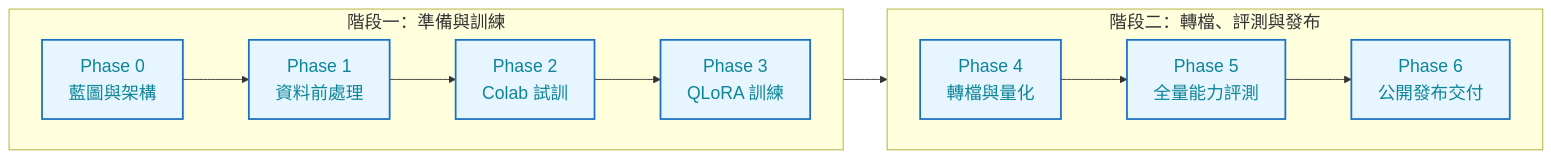
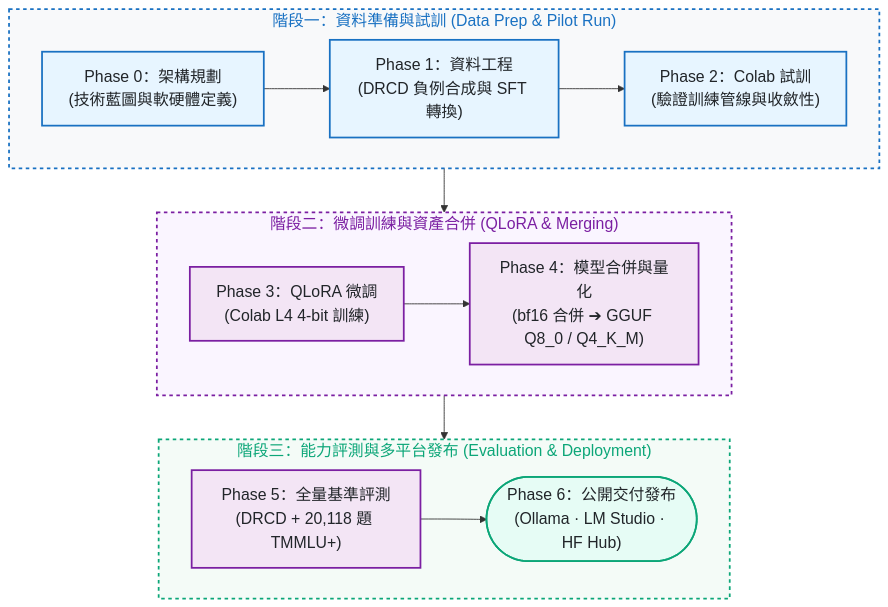
Before and after one commit to kuotunyu/local-llm-lifecycle: the first of 2 diagrams in README.md, drawn with Mermaid. The commit also changed other lines of this file and 1 other file, not shown here.

Commit message:
docs: overhaul README with 20px card container flowcharts and clean typography

````diff
--- a/README.md
+++ b/README.md
@@ -36,18 +36,32 @@
 ```mermaid
-%%{init: {'themeVariables': {'fontSize': '20px'}}}%%
-flowchart LR
-    subgraph Part1 ["階段一：準備與訓練"]
+%%{init: {'themeVariables': {'fontSize': '18px'}}}%%
+flowchart TD
+    subgraph PhasePrep ["階段一：資料準備與試訓 (Data Prep & Pilot Run)"]
         direction LR
-        P0["Phase 0<br/>藍圖與架構"] --> P1["Phase 1<br/>資料前處理"] --> P2["Phase 2<br/>Colab 試訓"] --> P3["Phase 3<br/>QLoRA 訓練"]
+        P0["Phase 0：架構規劃<br/>(技術藍圖與軟硬體定義)"] --> P1["Phase 1：資料工程<br/>(DRCD 負例合成與 SFT 轉換)"] --> P2["Phase 2：Colab 試訓<br/>(驗證訓練管線與收斂性)"]
     end
 
-    subgraph Part2 ["階段二：轉檔、評測與發布"]
+    subgraph PhaseTrain ["階段二：微調訓練與資產合併 (QLoRA & Merging)"]
         direction LR
-        P4["Phase 4<br/>轉檔與量化"] --> P5["Phase 5<br/>全量能力評測"] --> P6["Phase 6<br/>公開發布交付"]
+        P3["Phase 3：QLoRA 微調<br/>(Colab L4 4-bit 訓練)"] --> P4["Phase 4：模型合併與量化<br/>(bf16 合併 ➔ GGUF Q8_0 / Q4_K_M)"]
     end
 
-    Part1 --> Part2
+    subgraph PhaseDeploy ["階段三：能力評測與多平台發布 (Evaluation & Deployment)"]
+        direction LR
+        P5["Phase 5：全量基準評測<br/>(DRCD + 20,118 題 TMMLU+)"] --> P6(["Phase 6：公開交付發布<br/>(Ollama · LM Studio · HF Hub)"])
+    end
 
-    classDef phaseStyle fill:#e7f5ff,stroke:#1971c2,stroke-width:2px,color:#0c8599
-    class P0,P1,P2,P3,P4,P5,P6 phaseStyle
+    PhasePrep --> PhaseTrain --> PhaseDeploy
+
+    classDef srcStyle fill:#e7f5ff,stroke:#1971c2,stroke-width:2px,color:#212529
+    classDef procStyle fill:#f3e5f5,stroke:#7b1fa2,stroke-width:2px,color:#212529
+    classDef pubStyle fill:#e6fcf5,stroke:#0ca678,stroke-width:2px,color:#212529
+
+    class P0,P1,P2 srcStyle
+    class P3,P4,P5 procStyle
+    class P6 pubStyle
+
+    style PhasePrep fill:#f8f9fa,stroke:#1971c2,stroke-width:2px,color:#1971c2,stroke-dasharray: 4 4
+    style PhaseTrain fill:#faf5ff,stroke:#7b1fa2,stroke-width:2px,color:#7b1fa2,stroke-dasharray: 4 4
+    style PhaseDeploy fill:#f4fbf7,stroke:#0ca678,stroke-width:2px,color:#0ca678,stroke-dasharray: 4 4
 ```
````
